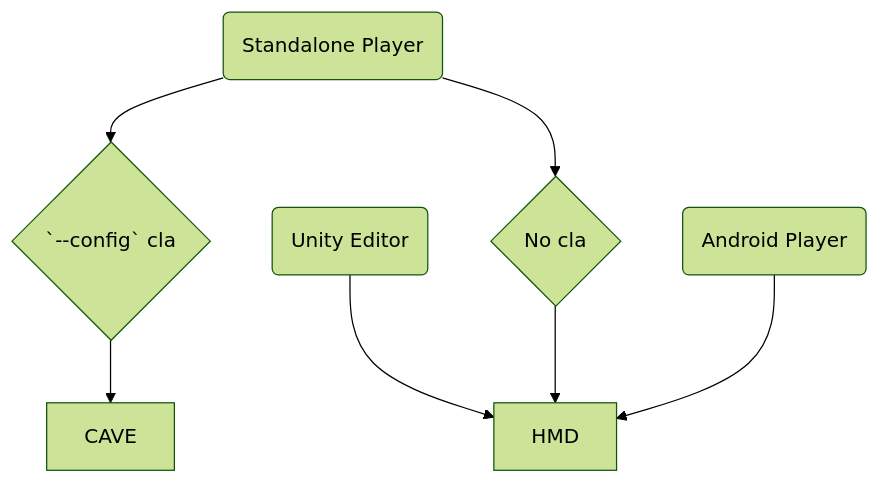
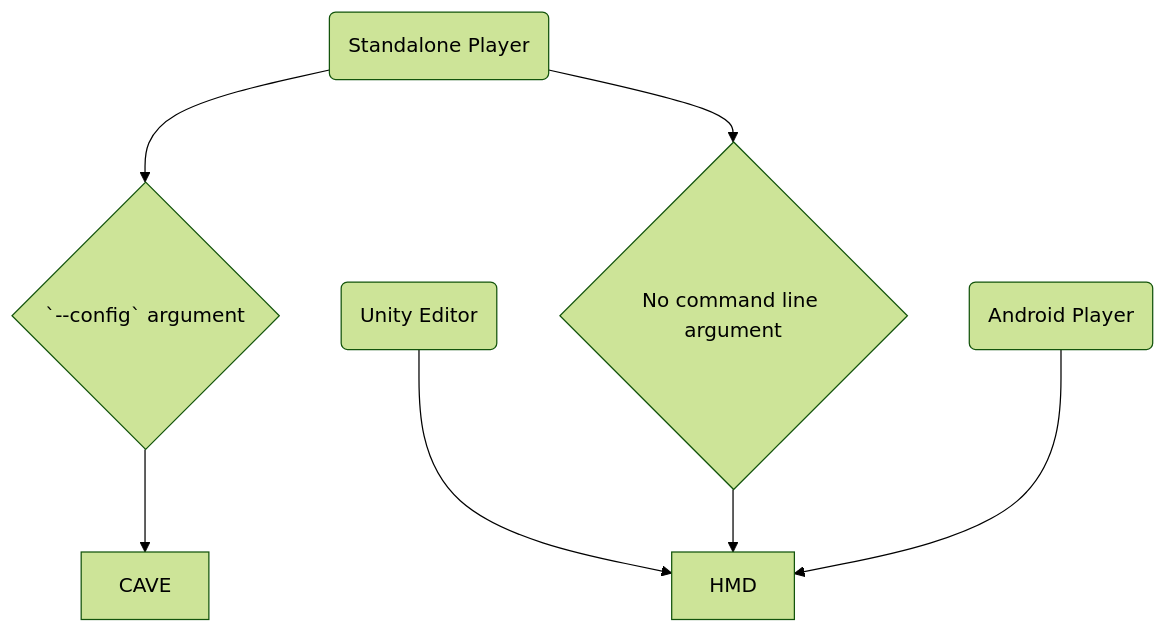
One commit to brown-ccv/w3d-translator changed the diagram in docs/Writing3D.md. Above: the diagram before and after it, drawn with Mermaid (forest theme).

````diff
--- a/docs/Writing3D.md
+++ b/docs/Writing3D.md
@@ -35,9 +35,9 @@
 ```mermaid
 graph TD;
     unityEditor(Unity Editor)-->HMD;
-    standalonePlayer(Standalone Player)-->config{`--config` cla};
-    config{`--config` cla}-->CAVE
-    standalonePlayer(Standalone Player)-->noconfig{No cla};
-    noconfig{No cla}--> HMD;
+    standalonePlayer(Standalone Player)-->config{`--config` argument};
+    config{`--config` argument}-->CAVE
+    standalonePlayer(Standalone Player)-->noconfig{No command line argument};
+    noconfig{No command line argument}--> HMD;
     androidPlayer(Android Player)-->HMD;
 ```
````
